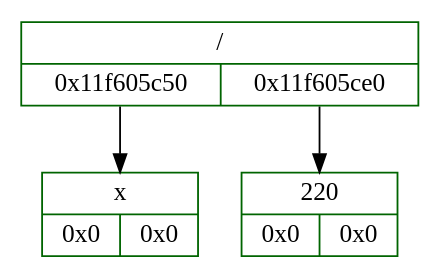
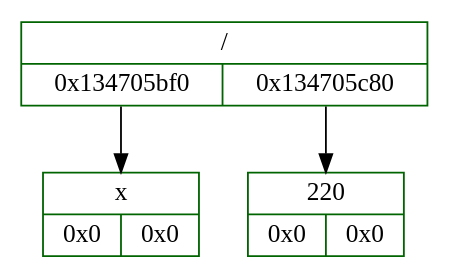
One commit to whiterno/differentiator changed the diagram in log/dump.dot. Above: the diagram before and after it, drawn with Graphviz. The commit also changed 17 other files, not shown here.

```diff
--- a/log/dump.dot
+++ b/log/dump.dot
@@ -1,9 +1,9 @@
 digraph D{
 	rankdir = TB
 
-	node_4821376768 [color = "darkgreen", style = "filled", shape = "record", fillcolor = "white", label = "{ /  | {<fl4821376768> 0x11f605c50 | <fr4821376768> 0x11f605ce0}}"]
-	node_4821376768: <fl4821376768> -> node_4821376080 [color = "black", arrowhead = "normal", label = ""]
-	node_4821376080 [color = "darkgreen", style = "filled", shape = "record", fillcolor = "white", label = "{x  | {<fl4821376080> 0x0 | <fr4821376080> 0x0}}"]
-	node_4821376768: <fr4821376768> -> node_4821376224 [color = "black", arrowhead = "normal", label = ""]
-	node_4821376224 [color = "darkgreen", style = "filled", shape = "record", fillcolor = "white", label = "{220  | {<fl4821376224> 0x0 | <fr4821376224> 0x0}}"]
+	node_5174746752 [color = "darkgreen", style = "filled", shape = "record", fillcolor = "white", label = "{ /  | {<fl5174746752> 0x134705bf0 | <fr5174746752> 0x134705c80}}"]
+	node_5174746752: <fl5174746752> -> node_5174746096 [color = "black", arrowhead = "normal", label = ""]
+	node_5174746096 [color = "darkgreen", style = "filled", shape = "record", fillcolor = "white", label = "{x  | {<fl5174746096> 0x0 | <fr5174746096> 0x0}}"]
+	node_5174746752: <fr5174746752> -> node_5174746240 [color = "black", arrowhead = "normal", label = ""]
+	node_5174746240 [color = "darkgreen", style = "filled", shape = "record", fillcolor = "white", label = "{220  | {<fl5174746240> 0x0 | <fr5174746240> 0x0}}"]
 }
```
